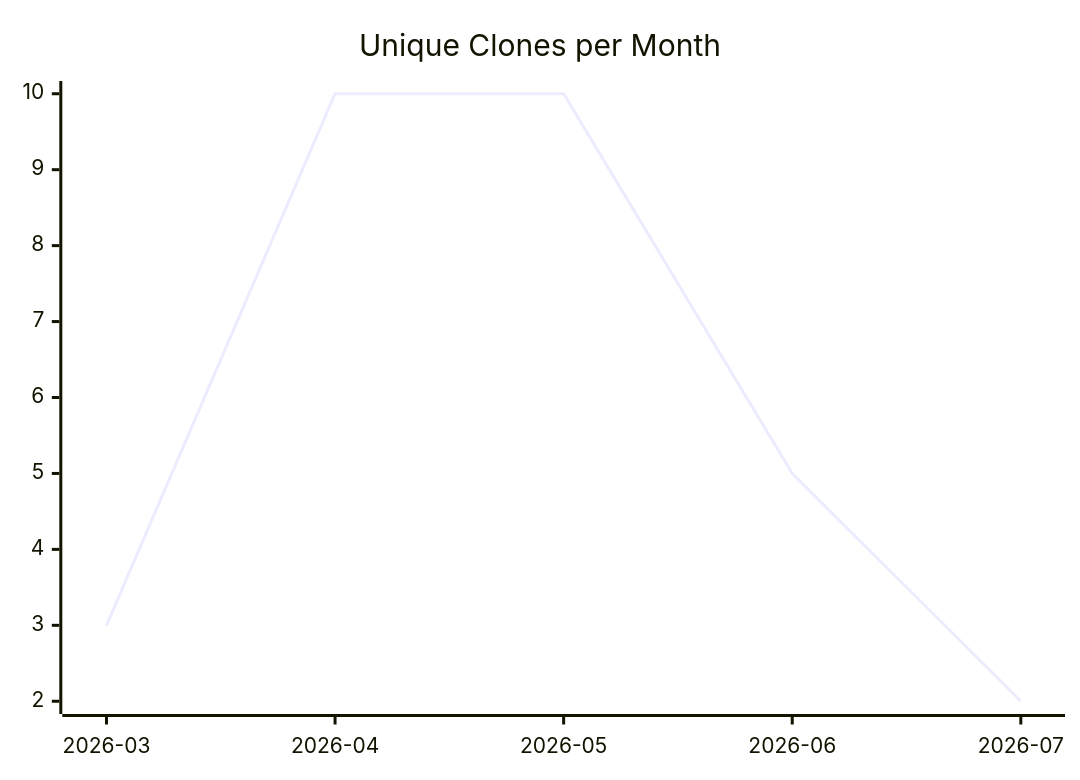
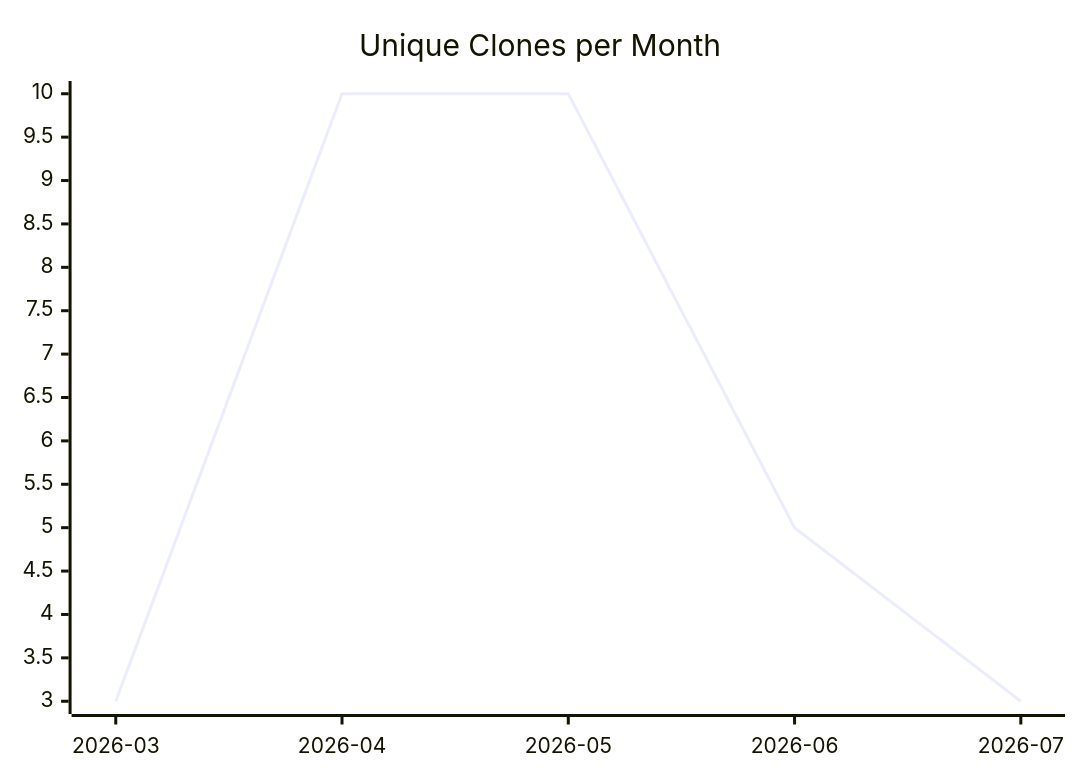
Before and after one commit to justdavis-family/github-analytics-data: the third of 3 diagrams in karlmdavis/can-i-kayak-baltimore/README.md, drawn with Mermaid. The commit also changed other lines of this file and 188 other files, not shown here.

````diff
--- a/karlmdavis/can-i-kayak-baltimore/README.md
+++ b/karlmdavis/can-i-kayak-baltimore/README.md
@@ -19,6 +19,6 @@
 ```mermaid
 xychart-beta
   title "Unique Clones per Month"
   x-axis ["2026-03", "2026-04", "2026-05", "2026-06", "2026-07"]
-  line [3, 10, 10, 5, 2]
+  line [3, 10, 10, 5, 3]
 ```
````
